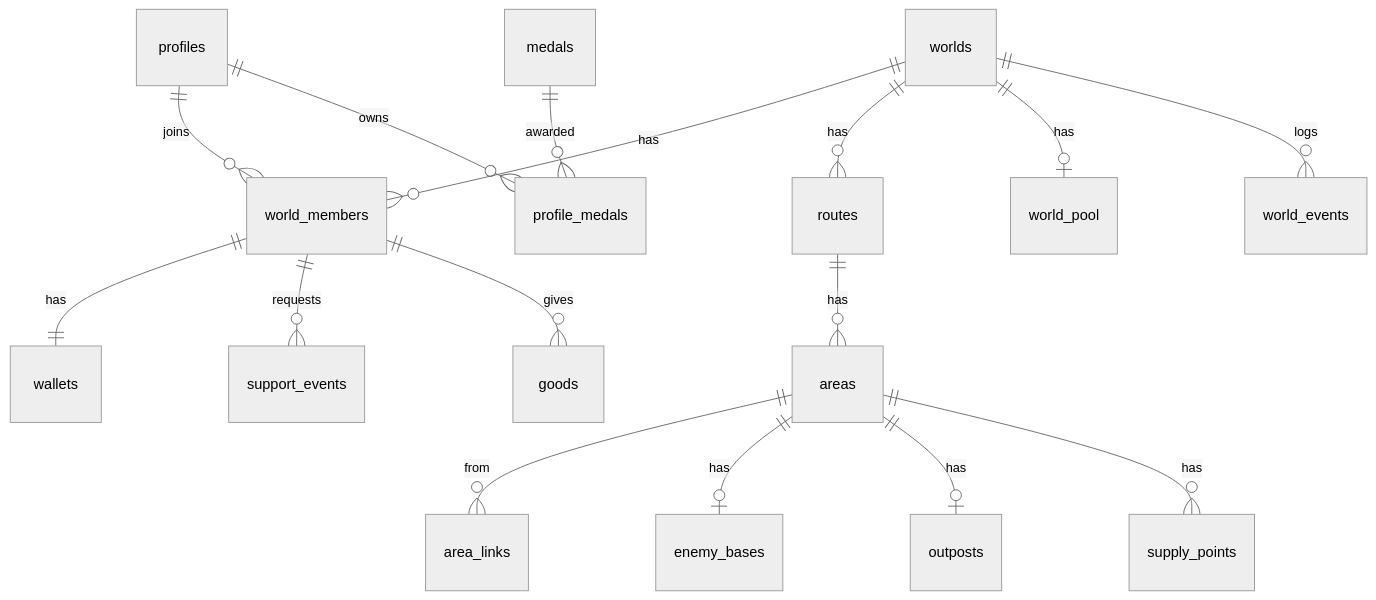
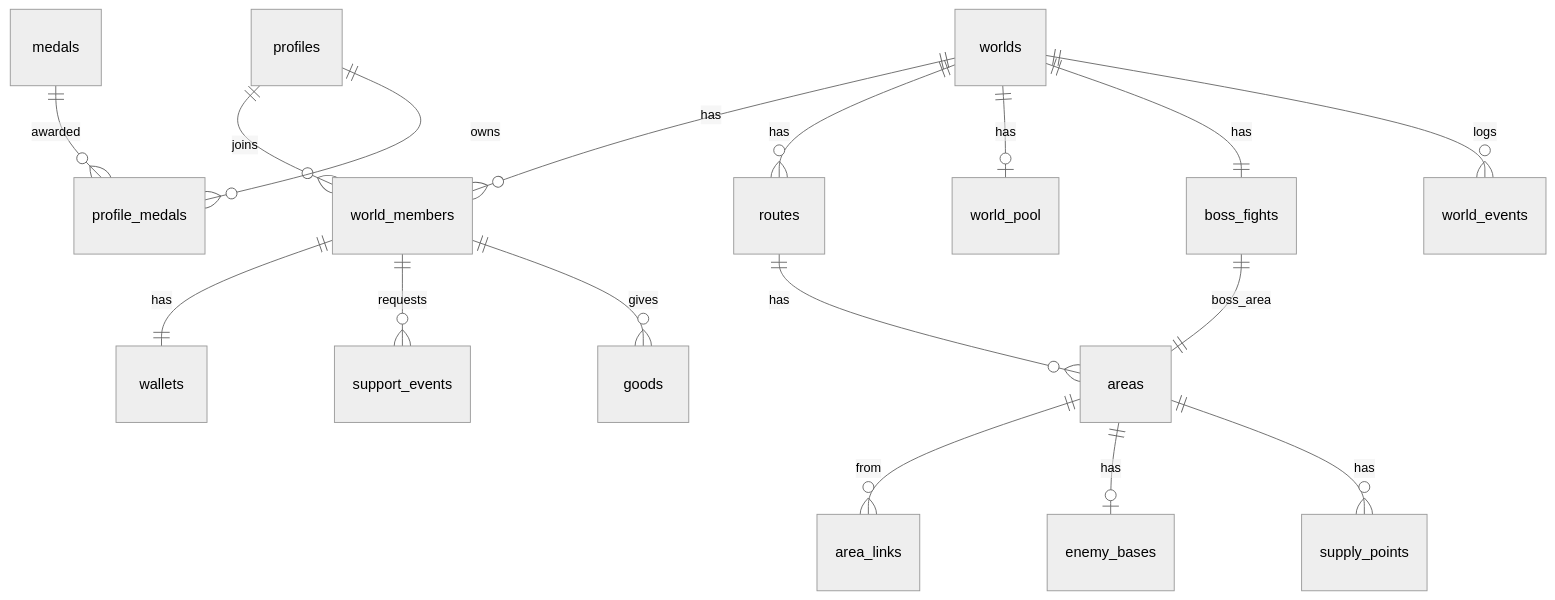
Before and after one commit to HasegawaTakatune/Relay-Resistance: the second of 8 diagrams in docs/04_アーキテクチャ.md, drawn with Mermaid (neutral theme). The commit also changed other lines of this file and 5 other files, not shown here.

````diff
--- a/docs/04_アーキテクチャ.md
+++ b/docs/04_アーキテクチャ.md
@@ -190,18 +214,19 @@
 ```mermaid
 erDiagram
     profiles ||--o{ world_members : joins
     profiles ||--o{ profile_medals : owns
     worlds ||--o{ world_members : has
     worlds ||--o{ routes : has
     worlds ||--o| world_pool : has
+    worlds ||--|| boss_fights : has
+    boss_fights ||--|| areas : boss_area
     worlds ||--o{ world_events : logs
     routes ||--o{ areas : has
     areas ||--o{ area_links : from
     areas ||--o| enemy_bases : has
-    areas ||--o| outposts : has
     areas ||--o{ supply_points : has
     world_members ||--|| wallets : has
     world_members ||--o{ support_events : requests
     world_members ||--o{ goods : gives
     medals ||--o{ profile_medals : awarded
 ```
````
